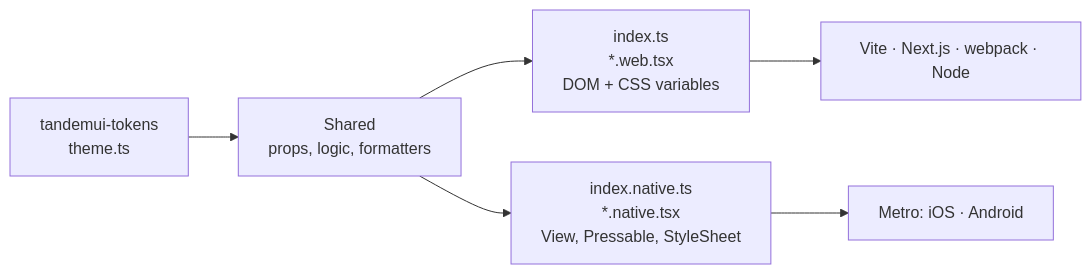
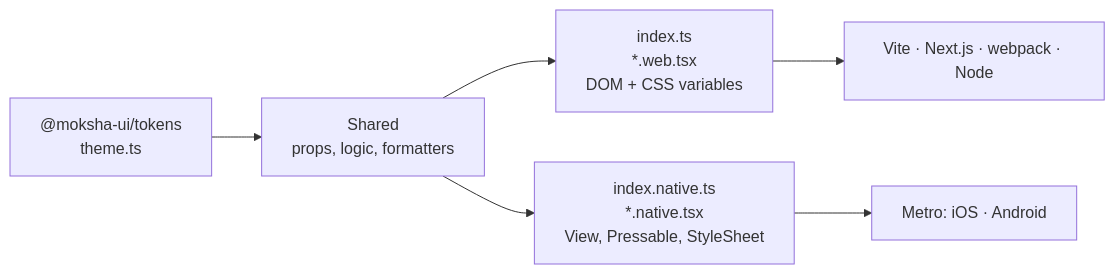
Before and after one commit to shivastuu/moksha-ui: the diagram in README.md, drawn with Mermaid. The commit also changed other lines of this file and 66 other files, not shown here.

Commit message:
Rename the project to Moksha UI: @moksha-ui/core and @moksha-ui/tokens

````diff
--- a/README.md
+++ b/README.md
@@ -484,8 +484,8 @@
 ```mermaid
 flowchart LR
-  T["tandemui-tokens<br/>theme.ts"] --> S["Shared<br/>props, logic, formatters"]
+  T["@moksha-ui/tokens<br/>theme.ts"] --> S["Shared<br/>props, logic, formatters"]
   S --> W["index.ts<br/>*.web.tsx<br/>DOM + CSS variables"]
   S --> N["index.native.ts<br/>*.native.tsx<br/>View, Pressable, StyleSheet"]
   W --> B1["Vite · Next.js · webpack · Node"]
   N --> B2["Metro: iOS · Android"]
 ```
````
